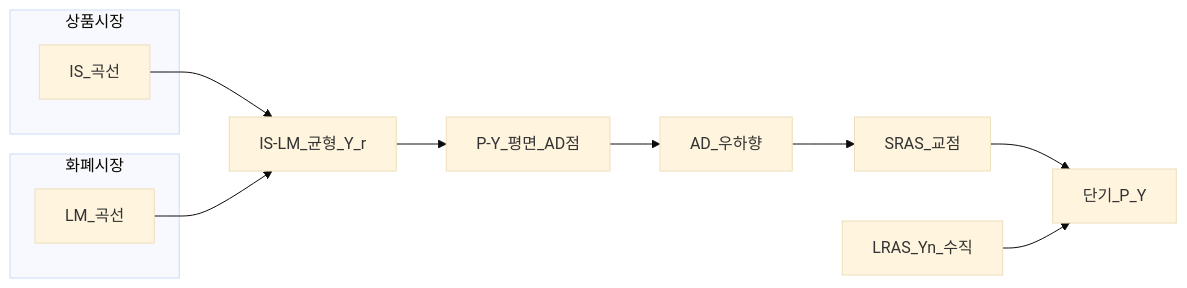
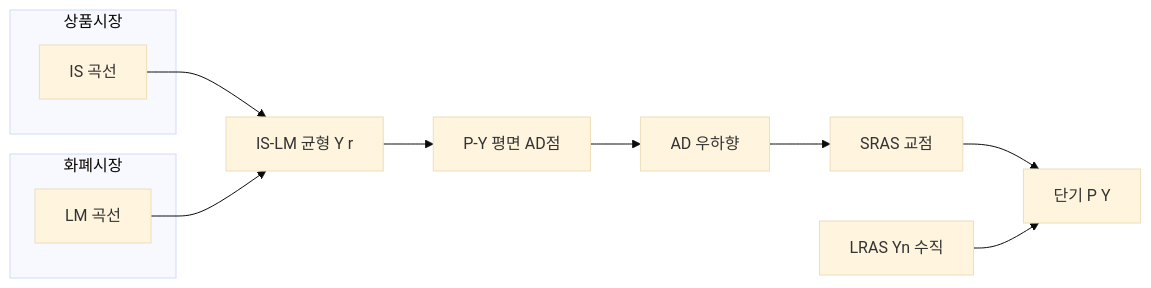
The second of 3 diagrams in 02-economics/macro-03-is-lm-ad-as.md (goldanghenry/Finances), drawn with Mermaid (base theme) before and after one commit. The commit also changed other lines of this file and 211 other files, not shown here.

````diff
--- a/02-economics/macro-03-is-lm-ad-as.md
+++ b/02-economics/macro-03-is-lm-ad-as.md
@@ -142,16 +152,16 @@
 ```mermaid
 flowchart LR
   subgraph goods [상품시장]
-    IS[IS_곡선]
+    IS["IS 곡선"]
   end
   subgraph money [화폐시장]
-    LM[LM_곡선]
+    LM["LM 곡선"]
   end
-  IS --> EQ[IS-LM_균형_Y_r]
+  IS --> EQ["IS-LM 균형 Y r"]
   LM --> EQ
-  EQ --> ADmap[P-Y_평면_AD점]
-  ADmap --> ADcurve[AD_우하향]
-  ADcurve --> SRASint[SRAS_교점]
-  SRASint --> PY[단기_P_Y]
-  LRAS[LRAS_Yn_수직] --> PY
+  EQ --> ADmap["P-Y 평면 AD점"]
+  ADmap --> ADcurve["AD 우하향"]
+  ADcurve --> SRASint["SRAS 교점"]
+  SRASint --> PY["단기 P Y"]
+  LRAS["LRAS Yn 수직"] --> PY
 ```
````
